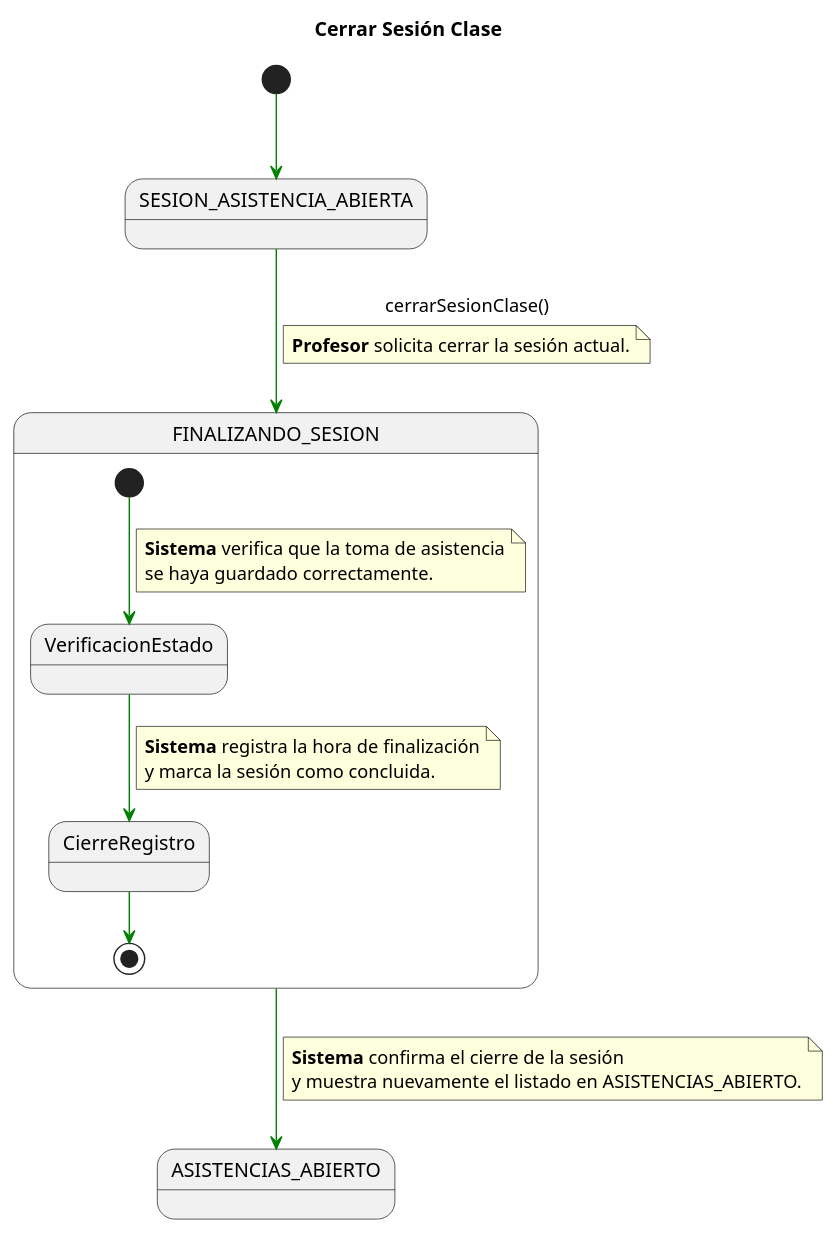
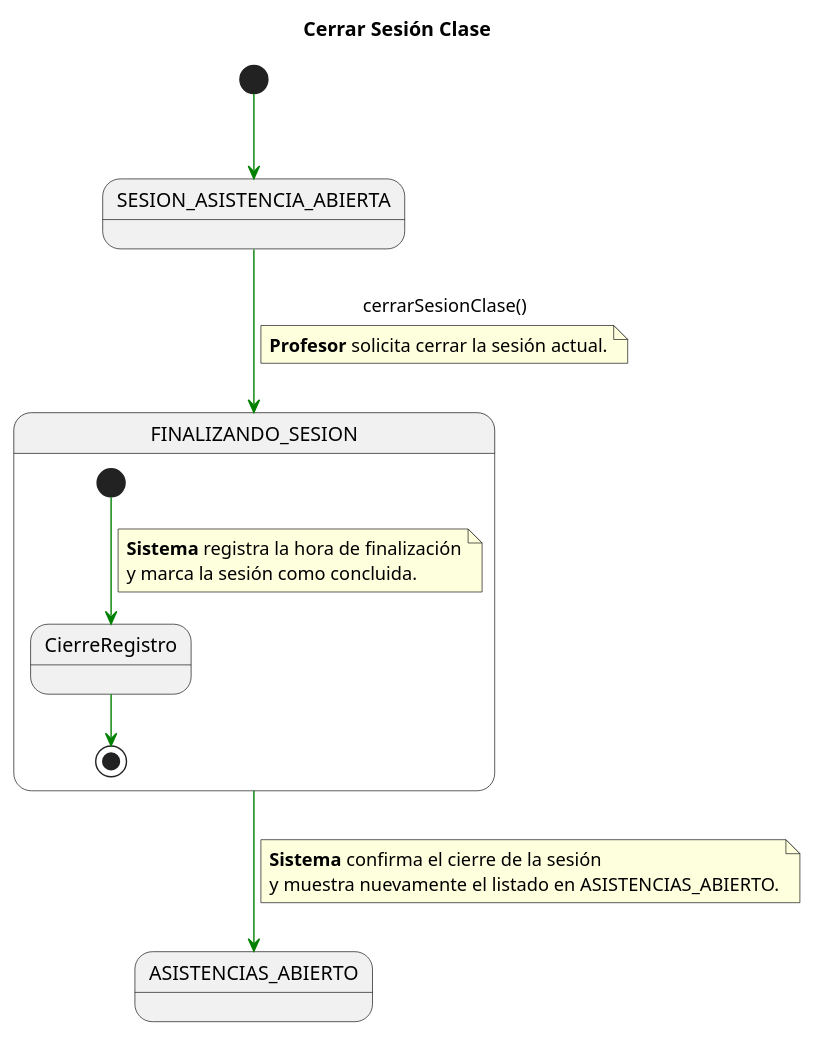
The diagram in documents/CasosDeUso/DetalladoCasosDeUso/Profesor/cerrarSesionClase.puml (enmabry/25-26-IdSw1-SdR), drawn with PlantUML before and after one commit. The commit also changed 7 other files, not shown here.

```diff
--- a/documents/CasosDeUso/DetalladoCasosDeUso/Profesor/cerrarSesionClase.puml
+++ b/documents/CasosDeUso/DetalladoCasosDeUso/Profesor/cerrarSesionClase.puml
@@ -1,42 +1,35 @@
 @startuml
 title Cerrar Sesión Clase
 skinparam linetype polyline
 
 state SESION_ACTUAL_INICIAL as "SESION_ASISTENCIA_ABIERTA"
 state PROCESO_CIERRE_COMP   as "FINALIZANDO_SESION"
 state ASISTENCIAS_FINAL     as "ASISTENCIAS_ABIERTO"
 
 [*] -[#green]-> SESION_ACTUAL_INICIAL
 
 SESION_ACTUAL_INICIAL -[#green]-> PROCESO_CIERRE_COMP : cerrarSesionClase()
 note on link
 <b>Profesor</b> solicita cerrar la sesión actual.
 end note
 
 state PROCESO_CIERRE_COMP {
 
-    state VerificacionEstado
     state CierreRegistro
 
-    [*] -[#green]-> VerificacionEstado
-    note on link
-    <b>Sistema</b> verifica que la toma de asistencia
-    se haya guardado correctamente.
-    end note
-
-    VerificacionEstado -[#green]-> CierreRegistro
+    [*] -[#green]-> CierreRegistro
     note on link
     <b>Sistema</b> registra la hora de finalización
     y marca la sesión como concluida.
     end note
 
     CierreRegistro -[#green]-> [*]
 }
 
 PROCESO_CIERRE_COMP -[#green]-> ASISTENCIAS_FINAL
 note on link
 <b>Sistema</b> confirma el cierre de la sesión
 y muestra nuevamente el listado en ASISTENCIAS_ABIERTO.
 end note
 
 @enduml
```
